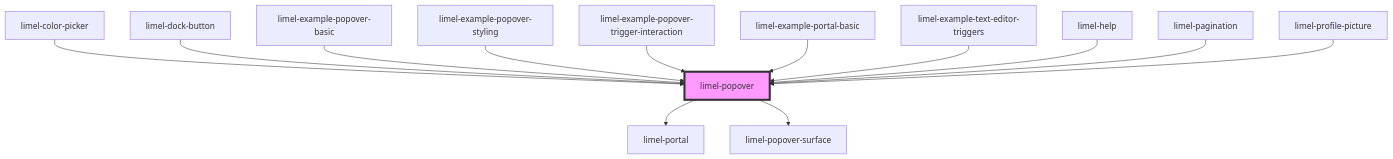
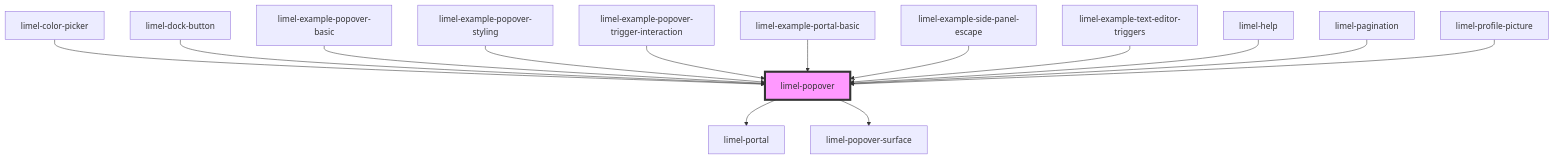
One commit to Lundalogik/lime-elements changed the diagram in versions/PR-4363/markdown-docs/components/popover/readme.md. Above: the diagram before and after it, drawn with Mermaid. The commit also changed other lines of this file and 590 other files, not shown here.

````diff
--- a/versions/PR-4363/markdown-docs/components/popover/readme.md
+++ b/versions/PR-4363/markdown-docs/components/popover/readme.md
@@ -89,16 +90,17 @@
 ```mermaid
 graph TD;
   limel-popover --> limel-portal
   limel-popover --> limel-popover-surface
   limel-color-picker --> limel-popover
   limel-dock-button --> limel-popover
   limel-example-popover-basic --> limel-popover
   limel-example-popover-styling --> limel-popover
   limel-example-popover-trigger-interaction --> limel-popover
   limel-example-portal-basic --> limel-popover
+  limel-example-side-panel-escape --> limel-popover
   limel-example-text-editor-triggers --> limel-popover
   limel-help --> limel-popover
   limel-pagination --> limel-popover
   limel-profile-picture --> limel-popover
   style limel-popover fill:#f9f,stroke:#333,stroke-width:4px
 ```
````
